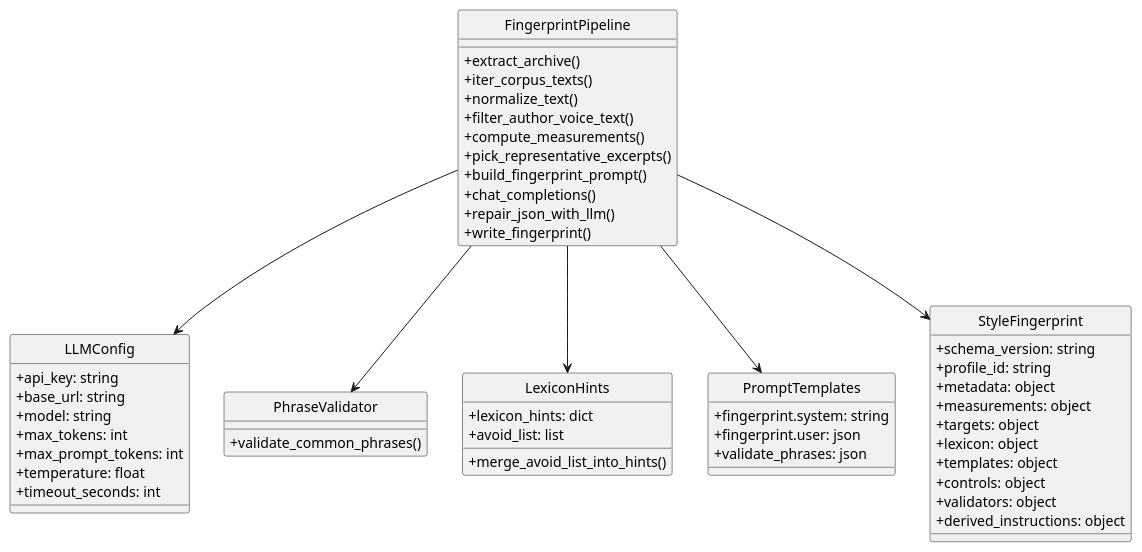
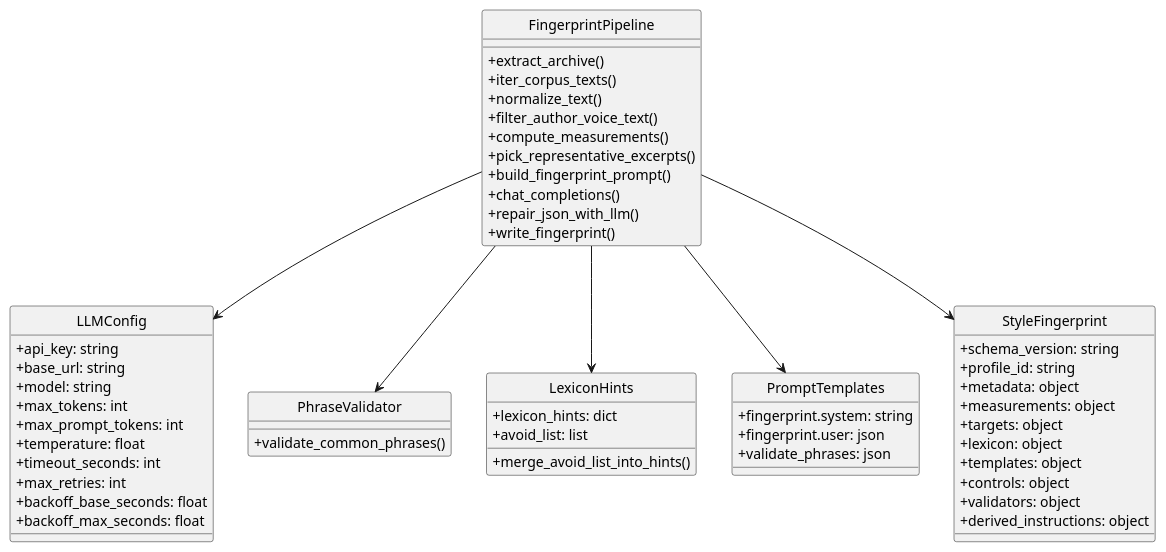
One commit to ngpepin/stylometric-transfer changed the first of 3 diagrams in UML-Fingerprint.md. Above: the diagram before and after it, drawn with PlantUML. The commit also changed other lines of this file and 1 other file, not shown here.

Commit message:
feat: add retry with backoff for LLM calls in apply and fingerprint pipelines

````diff
--- a/UML-Fingerprint.md
+++ b/UML-Fingerprint.md
@@ -7,64 +7,67 @@
 ```plantuml
 @startuml
 skinparam style strictuml
 skinparam classAttributeIconSize 0
 
 class LLMConfig {
   +api_key: string
   +base_url: string
   +model: string
   +max_tokens: int
   +max_prompt_tokens: int
   +temperature: float
   +timeout_seconds: int
+  +max_retries: int
+  +backoff_base_seconds: float
+  +backoff_max_seconds: float
 }
 
 class FingerprintPipeline {
   +extract_archive()
   +iter_corpus_texts()
   +normalize_text()
   +filter_author_voice_text()
   +compute_measurements()
   +pick_representative_excerpts()
   +build_fingerprint_prompt()
   +chat_completions()
   +repair_json_with_llm()
   +write_fingerprint()
 }
 
 class PhraseValidator {
   +validate_common_phrases()
 }
 
 class LexiconHints {
   +lexicon_hints: dict
   +avoid_list: list
   +merge_avoid_list_into_hints()
 }
 
 class PromptTemplates {
   +fingerprint.system: string
   +fingerprint.user: json
   +validate_phrases: json
 }
 
 class StyleFingerprint {
   +schema_version: string
   +profile_id: string
   +metadata: object
   +measurements: object
   +targets: object
   +lexicon: object
   +templates: object
   +controls: object
   +validators: object
   +derived_instructions: object
 }
 
 FingerprintPipeline --> LLMConfig
 FingerprintPipeline --> PromptTemplates
 FingerprintPipeline --> PhraseValidator
 FingerprintPipeline --> LexiconHints
 FingerprintPipeline --> StyleFingerprint
 @enduml
 ```
````
